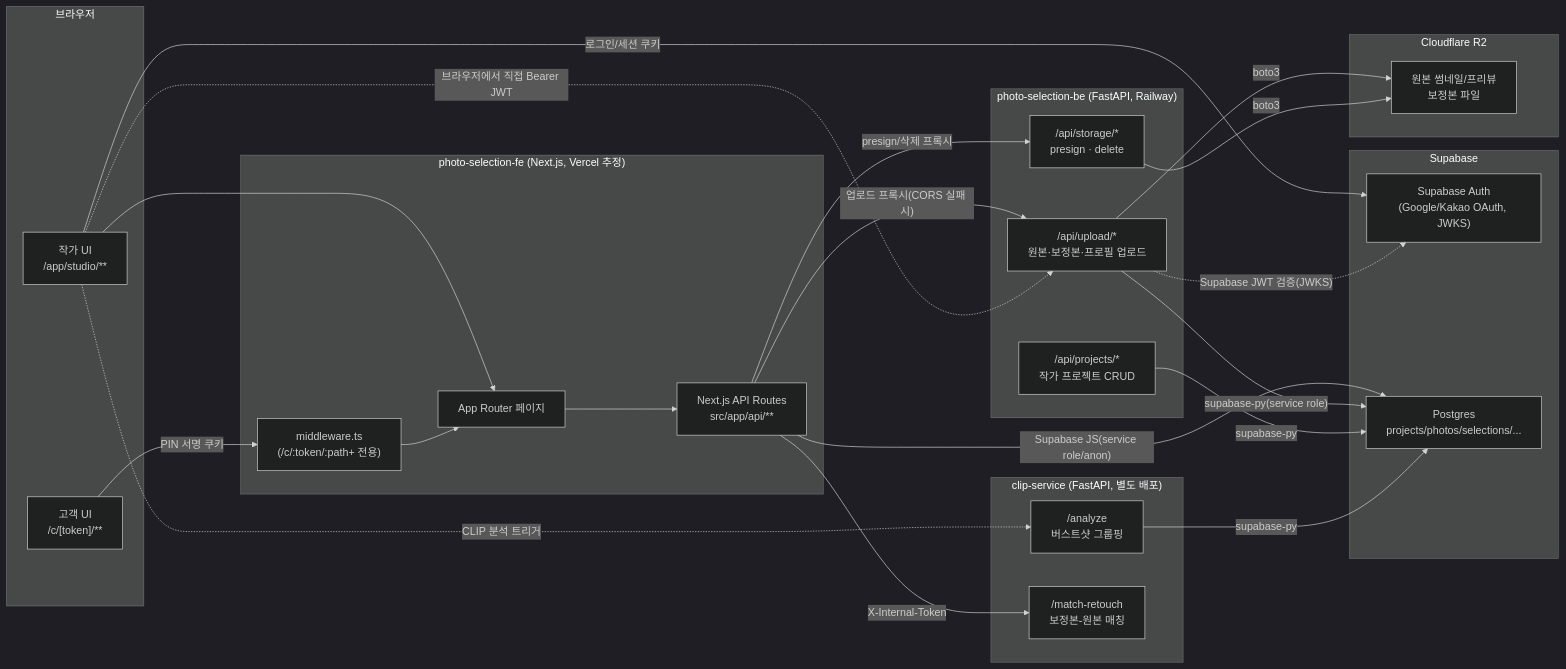
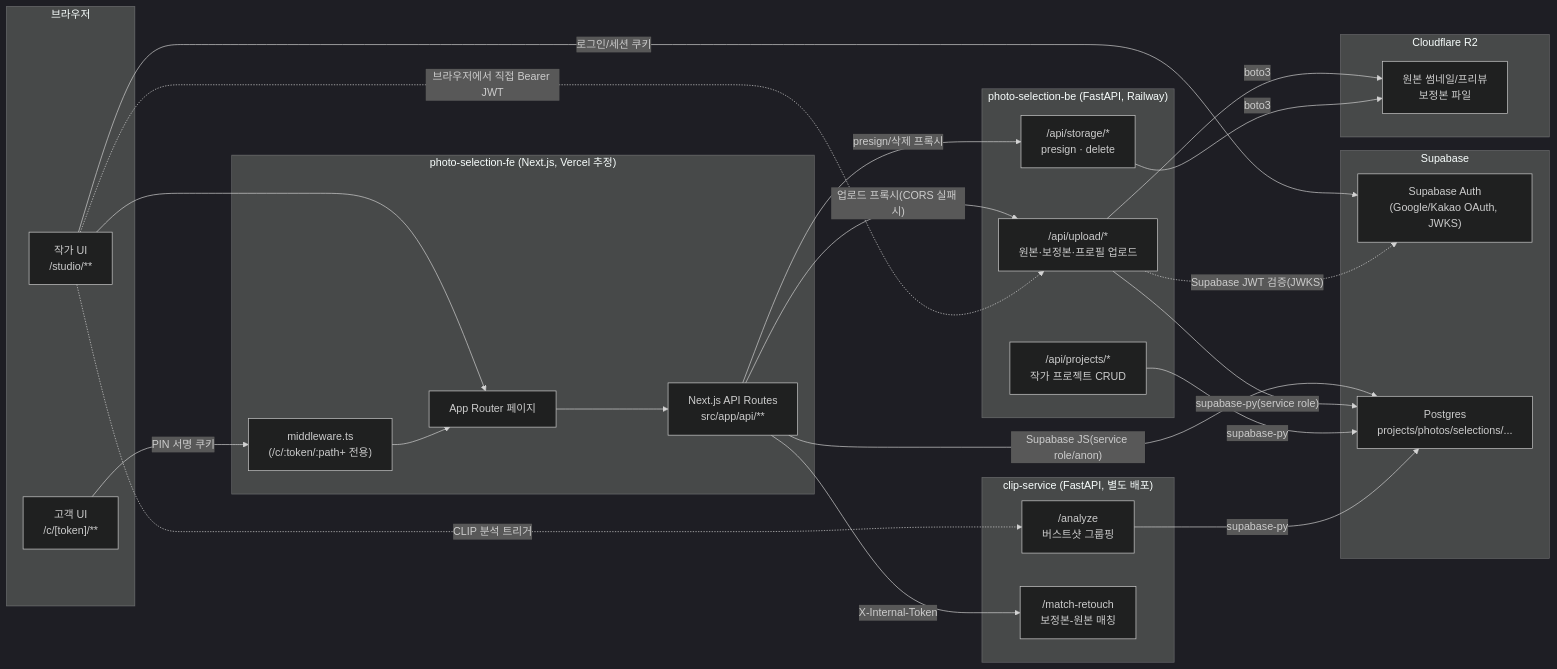
The first of 3 diagrams in docs/architecture.md (iamsonghee/photo-selection-fe), drawn with Mermaid (dark theme) before and after one commit. The commit also changed other lines of this file and 227 other files, not shown here.

````diff
--- a/docs/architecture.md
+++ b/docs/architecture.md
@@ -176,51 +176,51 @@
 ```mermaid
 flowchart LR
     subgraph Client["브라우저"]
-        Photographer["작가 UI\n/app/studio/**"]
+        Photographer["작가 UI\n/studio/**"]
         Customer["고객 UI\n/c/[token]/**"]
     end
 
     subgraph FE["photo-selection-fe (Next.js, Vercel 추정)"]
         Pages["App Router 페이지"]
         ApiRoutes["Next.js API Routes\nsrc/app/api/**"]
         Middleware["middleware.ts\n(/c/:token/:path+ 전용)"]
     end
 
     subgraph BE["photo-selection-be (FastAPI, Railway)"]
         Upload["/api/upload/*\n원본·보정본·프로필 업로드"]
         Storage["/api/storage/*\npresign · delete"]
         Projects["/api/projects/*\n작가 프로젝트 CRUD"]
     end
 
     subgraph CLIP["clip-service (FastAPI, 별도 배포)"]
         Analyze["/analyze\n버스트샷 그룹핑"]
         Match["/match-retouch\n보정본-원본 매칭"]
     end
 
     subgraph Supabase["Supabase"]
         Auth["Supabase Auth\n(Google/Kakao OAuth, JWKS)"]
         DB["Postgres\nprojects/photos/selections/..."]
     end
 
     subgraph R2["Cloudflare R2"]
         Objects["원본 썸네일/프리뷰\n보정본 파일"]
     end
 
     Photographer -->|"로그인/세션 쿠키"| Auth
     Photographer --> Pages
     Customer -->|"PIN 서명 쿠키"| Middleware
     Middleware --> Pages
     Pages --> ApiRoutes
     ApiRoutes -->|"Supabase JS(service role/anon)"| DB
     ApiRoutes -->|"presign/삭제 프록시"| Storage
     ApiRoutes -->|"업로드 프록시(CORS 실패 시)"| Upload
     Photographer -.->|"브라우저에서 직접 Bearer JWT"| Upload
     Photographer -.->|"CLIP 분석 트리거"| Analyze
     ApiRoutes -->|"X-Internal-Token"| Match
     Upload -->|"boto3"| Objects
     Storage -->|"boto3"| Objects
     Upload -->|"supabase-py(service role)"| DB
     Projects -->|"supabase-py"| DB
     Analyze -->|"supabase-py"| DB
     Upload -.->|"Supabase JWT 검증(JWKS)"| Auth
 ```
````
